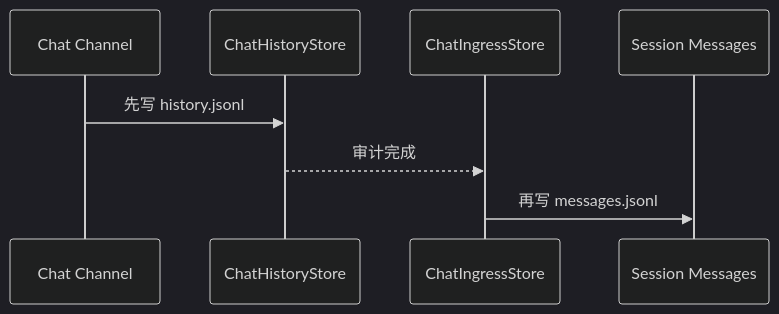
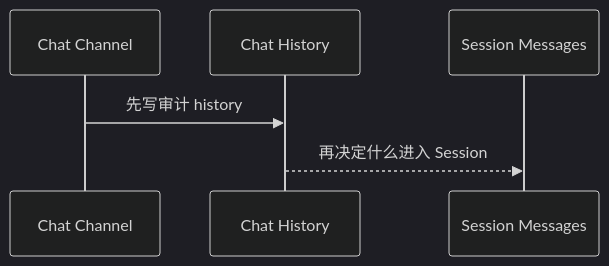
One commit to wangenius/downcity changed the second of 2 diagrams in homepage/content/devdocs/zh/history/overview.mdx. Above: the diagram before and after it, drawn with Mermaid (dark theme). The commit also changed other lines of this file and 37 other files, not shown here.

````diff
--- a/homepage/content/devdocs/zh/history/overview.mdx
+++ b/homepage/content/devdocs/zh/history/overview.mdx
@@ -191,11 +160,9 @@
 ```mermaid
 sequenceDiagram
   participant CH as Chat Channel
-  participant HS as ChatHistoryStore
-  participant CI as ChatIngressStore
+  participant HS as Chat History
   participant ST as Session Messages
 
-  CH->>HS: 先写 history.jsonl
-  HS-->>CI: 审计完成
-  CI->>ST: 再写 messages.jsonl
+  CH->>HS: 先写审计 history
+  HS-->>ST: 再决定什么进入 Session
 ```
````
